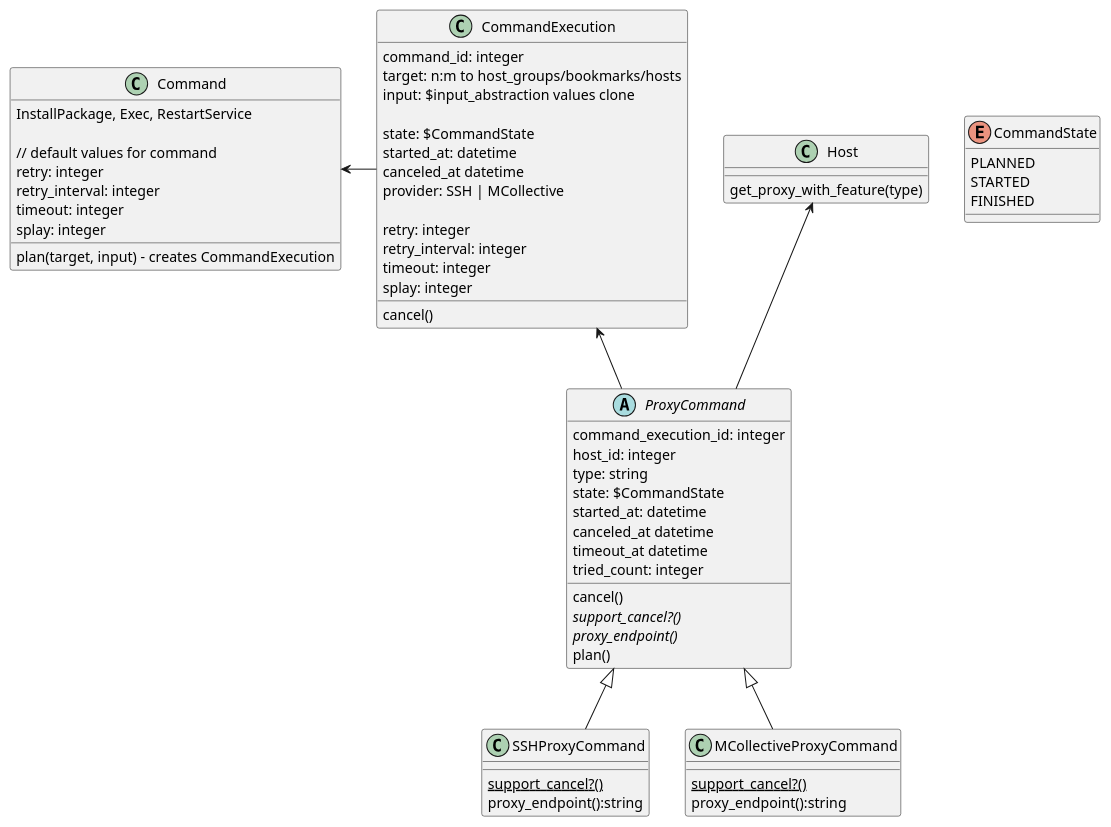
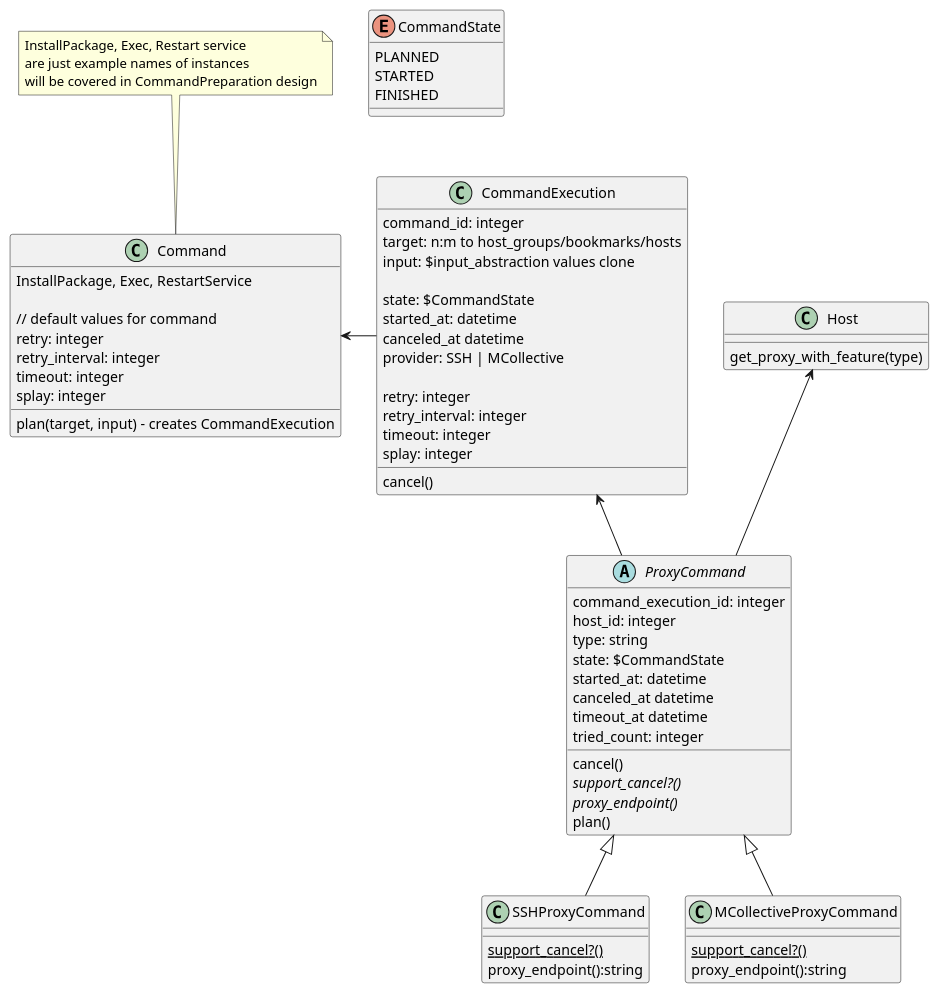
One commit to theforeman/foreman_remote_execution changed the sixth of 6 diagrams in doc/source/design/index.md. Above: the diagram before and after it, drawn with PlantUML.

Commit message:
Add note to command exection

```diff
--- a/doc/source/design/index.md
+++ b/doc/source/design/index.md
@@ -371,75 +371,76 @@
 {% plantuml %}
 
 class Command {
   InstallPackage, Exec, RestartService
 
   // default values for command
   retry: integer
   retry_interval: integer
   timeout: integer
   splay: integer
 
   plan(target, input) - creates CommandExecution
 }
+note top of Command: InstallPackage, Exec, Restart service\nare just example names of instances\nwill be covered in CommandPreparation design
 
 class Host {
   get_proxy_with_feature(type)
 }
 
 class CommandExecution {
   command_id: integer
   target: n:m to host_groups/bookmarks/hosts
   input: $input_abstraction values clone
 
   state: $CommandState
   started_at: datetime
   canceled_at datetime
   provider: SSH | MCollective
 
   retry: integer
   retry_interval: integer
   timeout: integer
   splay: integer
 
   cancel()
 }
 
 abstract class ProxyCommand {
   command_execution_id: integer
   host_id: integer
   type: string
   state: $CommandState
   started_at: datetime
   canceled_at datetime
   timeout_at datetime
   tried_count: integer
   cancel()
   {abstract} support_cancel?()
   {abstract} proxy_endpoint()
   plan()
 }
 
 class SSHProxyCommand {
   {static} support_cancel?()
   proxy_endpoint():string
 }
 
 class MCollectiveProxyCommand {
   {static} support_cancel?()
   proxy_endpoint():string
 }
 
 enum CommandState {
 PLANNED
 STARTED
 FINISHED
 }
 
 Command <- CommandExecution
 CommandExecution <-- ProxyCommand
 Host <-- ProxyCommand
 
 ProxyCommand <|-- SSHProxyCommand
 ProxyCommand <|-- MCollectiveProxyCommand
 
 {% endplantuml %}
```
